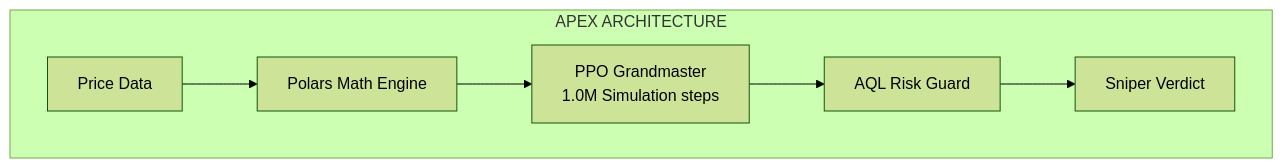
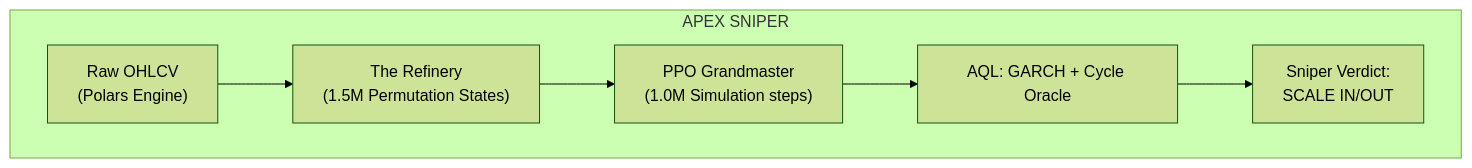
The fourth of 5 diagrams in README.md (pravindev666/Tradyx-Aleph), drawn with Mermaid (forest theme) before and after one commit. The commit also changed other lines of this file, not shown here.

````diff
--- a/README.md
+++ b/README.md
@@ -31,15 +70,9 @@
 ```mermaid
 graph TD
-    subgraph "APEX ARCHITECTURE"
-        PRICE[Price Data]
-        POLARS[Polars Math Engine]
-        GRAND[PPO Grandmaster\n1.0M Simulation steps]
-        GARCH[AQL Risk Guard]
-        SNIPER[Sniper Verdict]
-        
-        PRICE --> POLARS
-        POLARS --> GRAND
-        GRAND --> GARCH
-        GARCH --> SNIPER
+    subgraph "APEX SNIPER"
+        A_DATA["Raw OHLCV<br/>(Polars Engine)"] --> A_REF["The Refinery<br/>(1.5M Permutation States)"]
+        A_REF --> A_PPO["PPO Grandmaster<br/>(1.0M Simulation steps)"]
+        A_PPO --> A_RISK["AQL: GARCH + Cycle Oracle"]
+        A_RISK --> A_SIGNAL["Sniper Verdict:<br/>SCALE IN/OUT"]
     end
 ```
````
